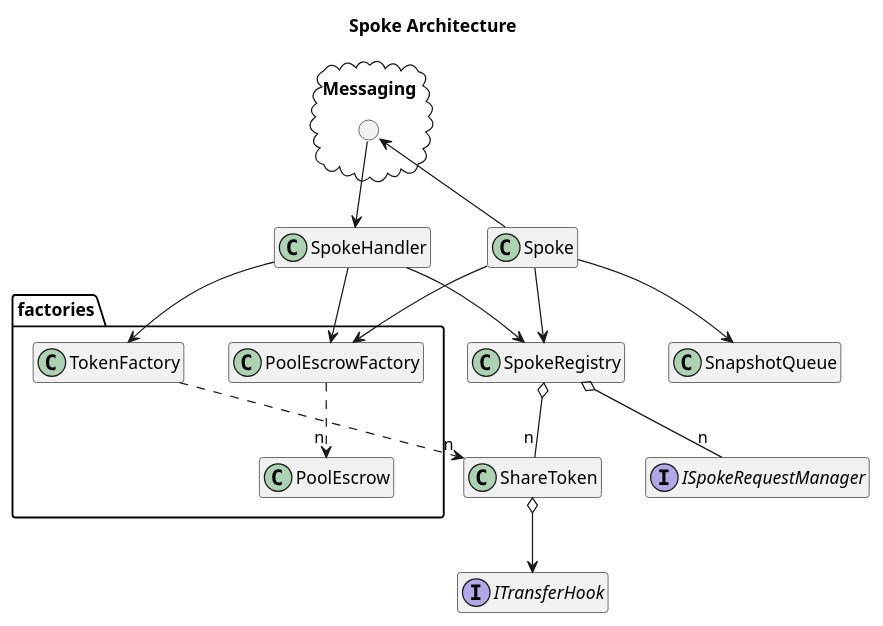
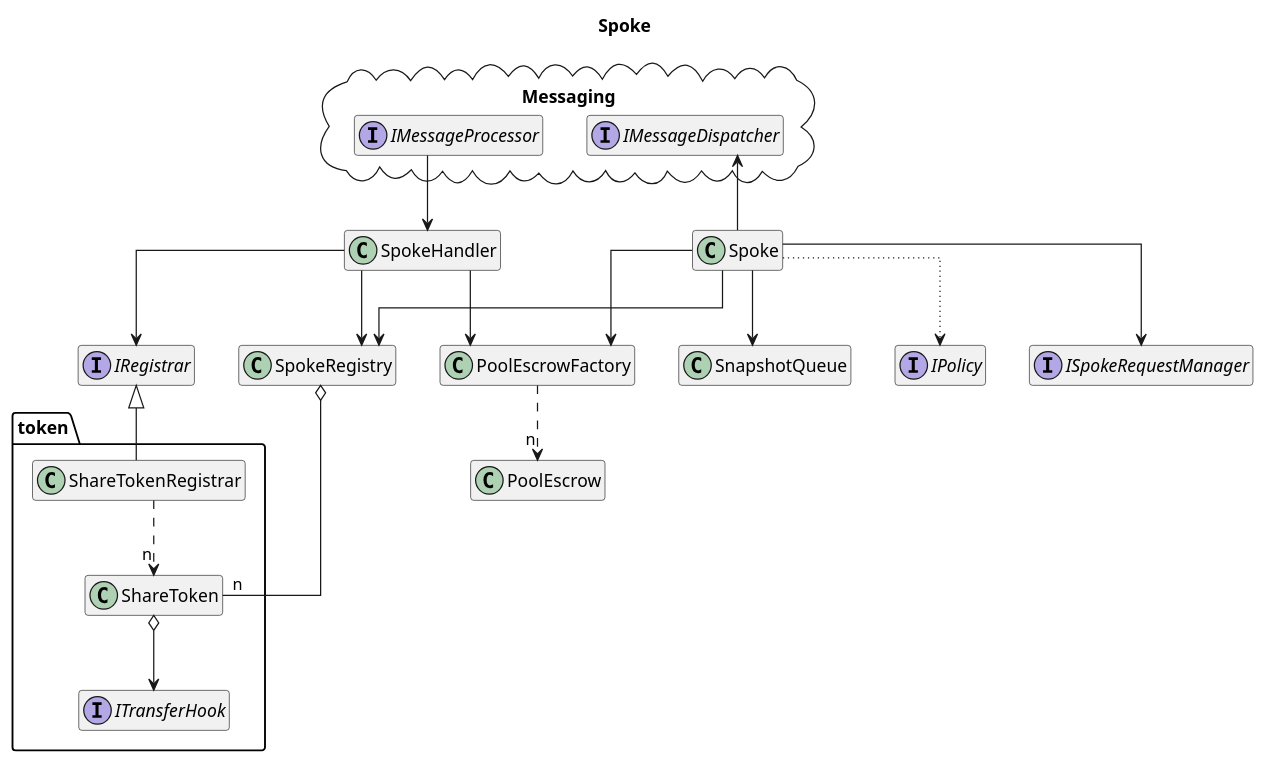
One commit to centrifuge/protocol changed the diagram in docs/architecture/core/spoke.puml. Above: the diagram before and after it, drawn with PlantUML. The commit also changed 22 other files, not shown here.

Commit message:
Updated PlantUML diagrams for v3.3 (#306)

```diff
--- a/docs/architecture/core/spoke.puml
+++ b/docs/architecture/core/spoke.puml
@@ -1,43 +1,49 @@
 @startuml spoke
-title Spoke Architecture
+title Spoke
 hide empty members
 
+skinparam linetype ortho
+
 package "Messaging" <<cloud>> {
-    circle " " as messaging
+    interface IMessageDispatcher
+    interface IMessageProcessor
 }
 
-package factories {
-    class TokenFactory
-    class PoolEscrowFactory
-    class PoolEscrow
-}
-
+class PoolEscrowFactory
+class PoolEscrow
 class Spoke
 class SpokeHandler
 class SpokeRegistry
+class SnapshotQueue
 
-class SnapshotQueue
-class ShareToken
-interface ITransferHook
+interface IRegistrar
+interface IPolicy
 interface ISpokeRequestManager
+
+package token {
+    class ShareToken
+    class ShareTokenRegistrar
+    interface ITransferHook
+}
 
 Spoke -down-> SpokeRegistry
 Spoke -down-> SnapshotQueue
-Spoke -up-> messaging
+Spoke -up-> IMessageDispatcher
+Spoke --> ISpokeRequestManager
+Spoke .[dotted].> IPolicy
 
-messaging --> SpokeHandler
+IMessageProcessor --> SpokeHandler
 SpokeHandler --> SpokeRegistry
-SpokeHandler --> TokenFactory
+SpokeHandler --> IRegistrar
 SpokeHandler --> PoolEscrowFactory
 
 Spoke --> PoolEscrowFactory
 
-SpokeRegistry o-- "n" ISpokeRequestManager
 SpokeRegistry o-- "n" ShareToken
 
-' Factories
-TokenFactory ..> "n" ShareToken
+ShareTokenRegistrar -up-|> IRegistrar
+ShareTokenRegistrar ..> "n" ShareToken
 PoolEscrowFactory ..> "n" PoolEscrow
 ShareToken o--> ITransferHook
 
 @enduml
```
